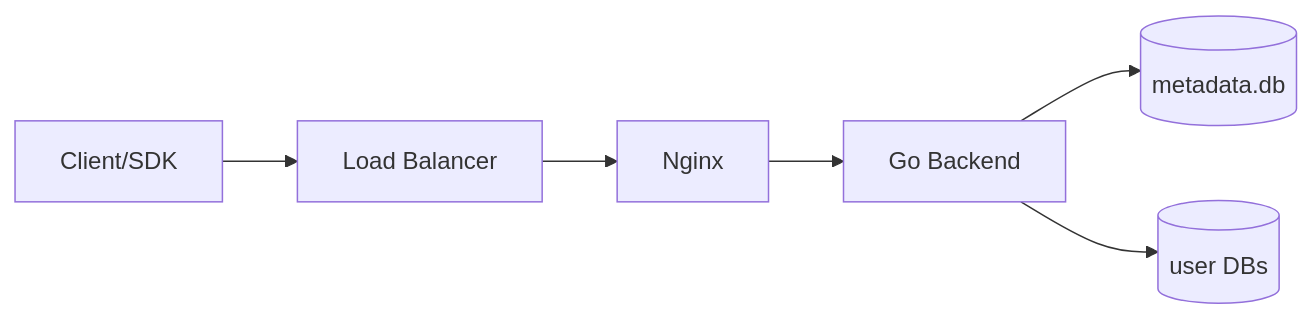
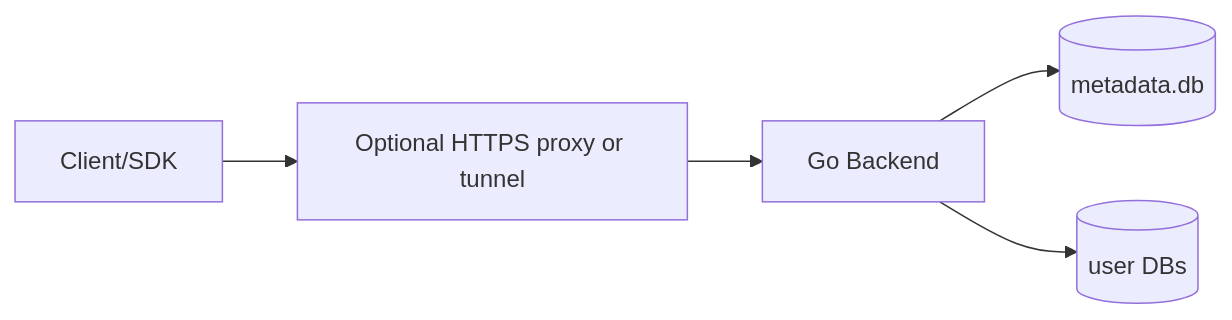
One commit to Annany2002/nebula-backend changed the first of 2 diagrams in docs/architecture.mdx. Above: the diagram before and after it, drawn with Mermaid. The commit also changed other lines of this file and 18 other files, not shown here.

````diff
--- a/docs/architecture.mdx
+++ b/docs/architecture.mdx
@@ -12,8 +12,7 @@
 ```mermaid
 flowchart LR
-    Client[Client/SDK] --> LB[Load Balancer]
-    LB --> Nginx[Nginx]
-    Nginx --> Backend[Go Backend]
+    Client[Client/SDK] --> Proxy[Optional HTTPS proxy or tunnel]
+    Proxy --> Backend[Go Backend]
     Backend --> MetaDB[(metadata.db)]
     Backend --> UserDB[(user DBs)]
 ```
````
